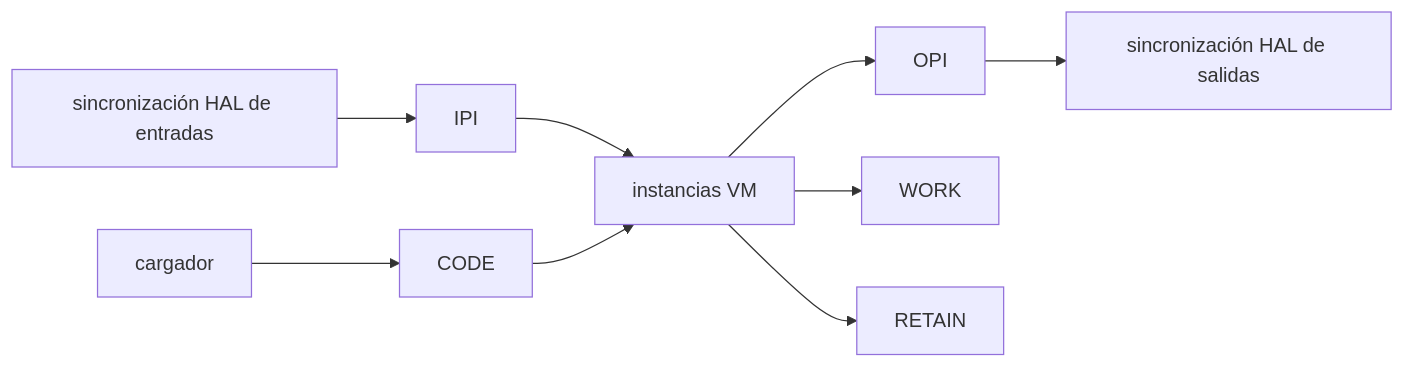
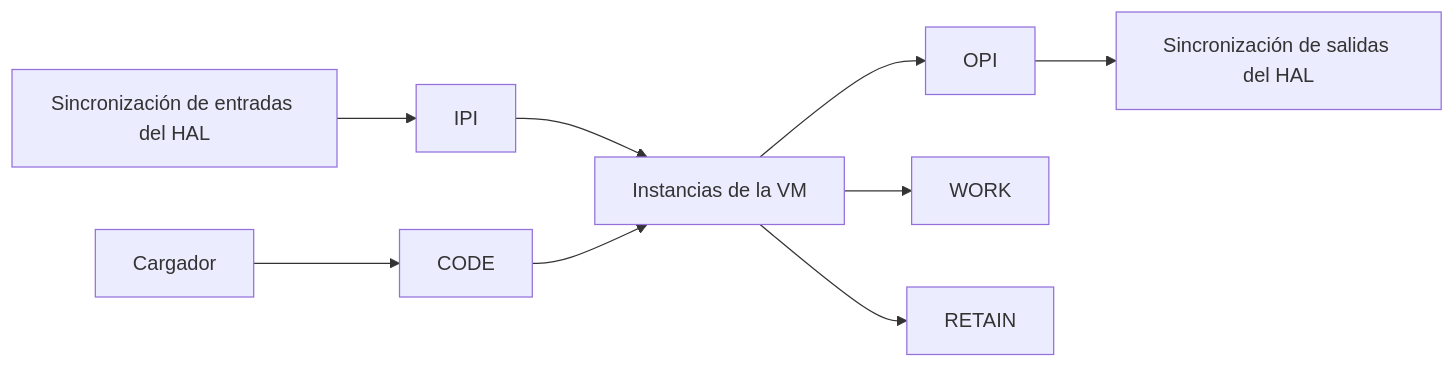
Before and after one commit to eduardojvieira/ZPLC: the diagram in docs/i18n/es/docusaurus-plugin-content-docs/current/runtime/memory-model.md, drawn with Mermaid. The commit also changed other lines of this file and 11 other files, not shown here.

Commit message:
docs(runtime): rewrite the architecture, runtime overview, scheduler, memory model, persistence and HAL pages

````diff
--- a/docs/i18n/es/docusaurus-plugin-content-docs/current/runtime/memory-model.md
+++ b/docs/i18n/es/docusaurus-plugin-content-docs/current/runtime/memory-model.md
@@ -20,11 +23,11 @@
 ```mermaid
 flowchart LR
-  HALIN[sincronización HAL de entradas] --> IPI[IPI]
-  IPI --> VM[instancias VM]
+  HALIN[Sincronización de entradas del HAL] --> IPI[IPI]
+  IPI --> VM[Instancias de la VM]
   VM --> OPI[OPI]
   VM --> WORK[WORK]
   VM --> RETAIN[RETAIN]
-  Loader[cargador] --> CODE[CODE]
+  Loader[Cargador] --> CODE[CODE]
   CODE --> VM
-  OPI --> HALOUT[sincronización HAL de salidas]
+  OPI --> HALOUT[Sincronización de salidas del HAL]
 ```
````
